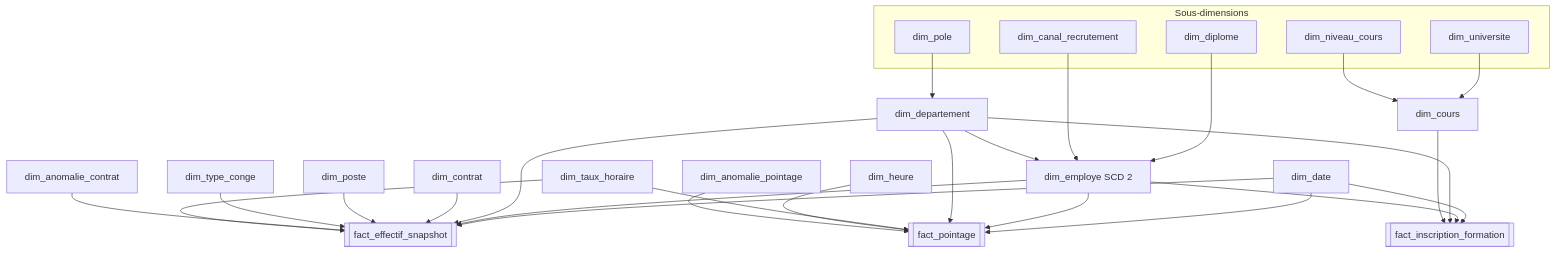
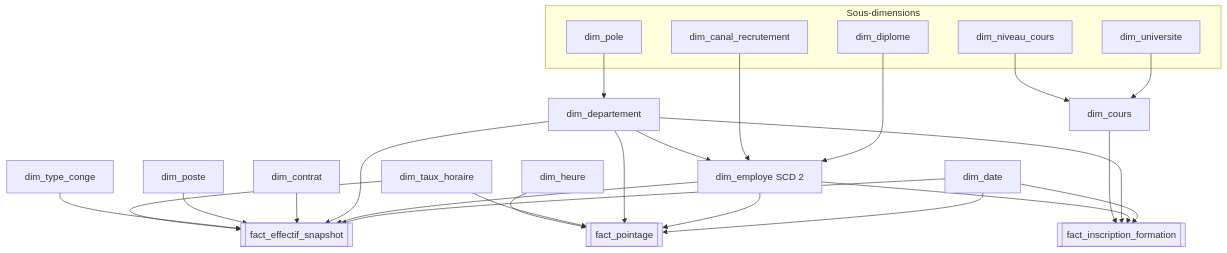
Before and after one commit to OBenAchour/Project-BI-HR: the diagram in docs/CONCEPTION_DW.md, drawn with Mermaid. The commit also changed other lines of this file and 4 other files, not shown here.

````diff
--- a/docs/CONCEPTION_DW.md
+++ b/docs/CONCEPTION_DW.md
@@ -10,37 +10,35 @@
 ```mermaid
 flowchart TB
     subgraph SD[Sous-dimensions]
         DIP[dim_diplome]
         CAN[dim_canal_recrutement]
         POL[dim_pole]
         UNI[dim_universite]
         NIV[dim_niveau_cours]
     end
     DIP --> EMP
     CAN --> EMP
     POL --> DEP
     UNI --> COU
     NIV --> COU
 
     DAT[dim_date]
     EMP[dim_employe SCD 2]
     DEP[dim_departement]
     DEP --> EMP
 
     EFF[[fact_effectif_snapshot]]
     PTG[[fact_pointage]]
     FOR[[fact_inscription_formation]]
 
     DAT --> EFF & PTG & FOR
     EMP --> EFF & PTG & FOR
     DEP --> EFF & PTG & FOR
 
     CTR[dim_contrat] --> EFF
     PST[dim_poste] --> EFF
     TCG[dim_type_conge] --> EFF
-    ANC[dim_anomalie_contrat] --> EFF
     TAU[dim_taux_horaire] --> EFF & PTG
     HEU[dim_heure] --> PTG
-    ANP[dim_anomalie_pointage] --> PTG
     COU[dim_cours] --> FOR
 ```
````
